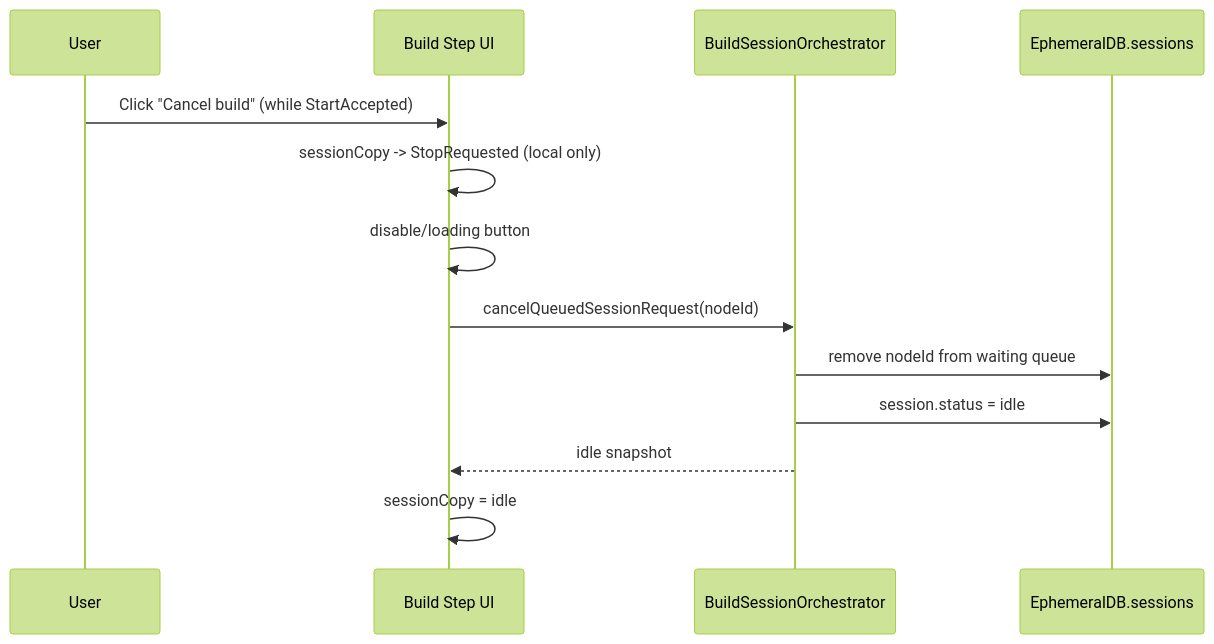
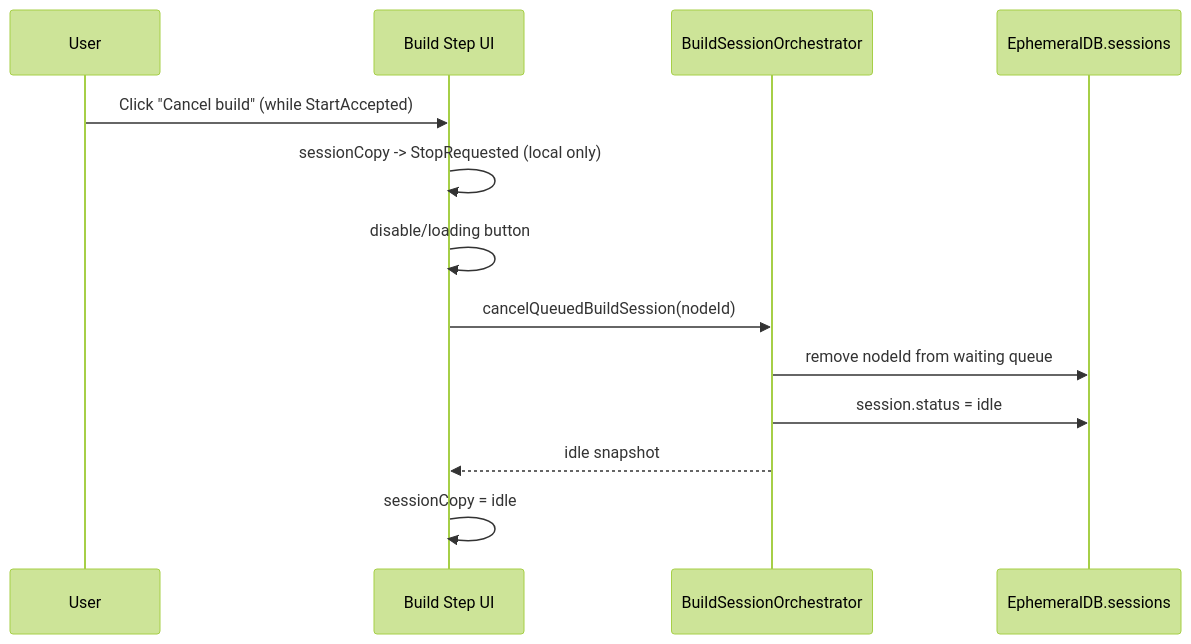
Before and after one commit to kubohiroya/hierarchidb: the third of 4 diagrams in packages/runtime-worker/docs/build-session-orchestrator-state-transitions.md, drawn with Mermaid (forest theme). The commit also changed other lines of this file and 162 other files, not shown here.

Commit message:
chore(build): align build session control naming and docs

````diff
--- a/packages/runtime-worker/docs/build-session-orchestrator-state-transitions.md
+++ b/packages/runtime-worker/docs/build-session-orchestrator-state-transitions.md
@@ -171,16 +171,16 @@
 ```mermaid
 sequenceDiagram
   participant U as User
   participant UI as Build Step UI
   participant BO as BuildSessionOrchestrator
   participant DB as EphemeralDB.sessions
 
   U->>UI: Click "Cancel build" (while StartAccepted)
   UI->>UI: sessionCopy -> StopRequested (local only)
   UI->>UI: disable/loading button
-  UI->>BO: cancelQueuedSessionRequest(nodeId)
+  UI->>BO: cancelQueuedBuildSession(nodeId)
   BO->>DB: remove nodeId from waiting queue
   BO->>DB: session.status = idle
   BO-->>UI: idle snapshot
   UI->>UI: sessionCopy = idle
 ```
````
